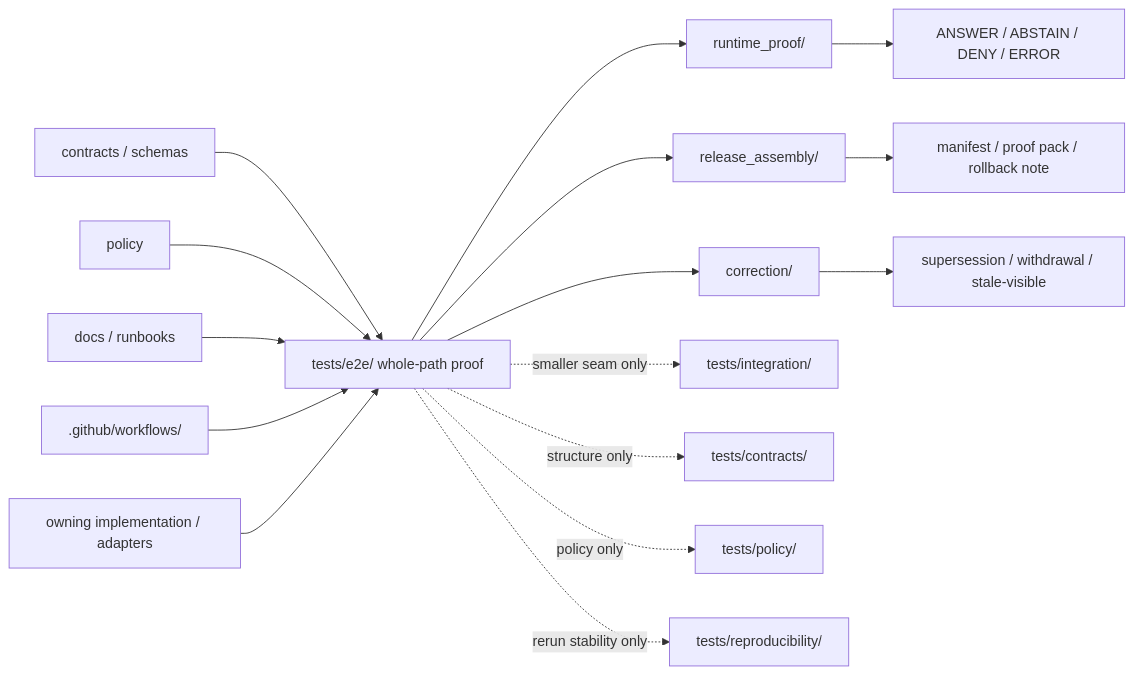
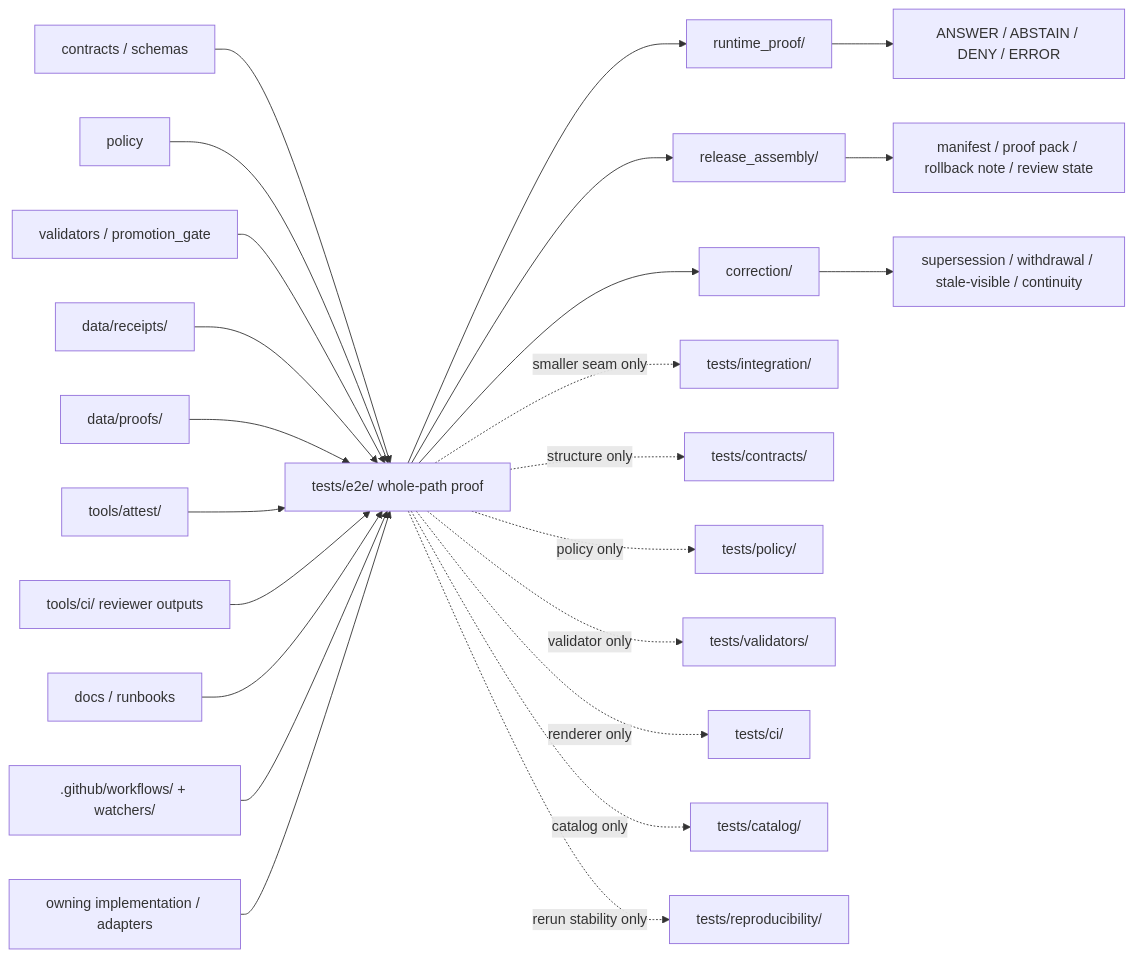
Before and after one commit to bartytime4life/Kansas-Frontier-Matrix: the diagram in tests/e2e/README.md, drawn with Mermaid. The commit also changed other lines of this file, not shown here.

First line of the commit message:
Revise README.md for tests/e2e with updates and clarifications

````diff
--- a/tests/e2e/README.md
+++ b/tests/e2e/README.md
@@ -374,21 +471,29 @@
 ```mermaid
 flowchart LR
   C["contracts / schemas"] --> E["tests/e2e/ whole-path proof"]
   P["policy"] --> E
+  V["validators / promotion_gate"] --> E
+  R["data/receipts/"] --> E
+  PR["data/proofs/"] --> E
+  A["tools/attest/"] --> E
+  CI["tools/ci/ reviewer outputs"] --> E
   D["docs / runbooks"] --> E
-  W[".github/workflows/"] --> E
+  W[".github/workflows/ + watchers/"] --> E
   I["owning implementation / adapters"] --> E
 
   E --> RP["runtime_proof/"]
   E --> RA["release_assembly/"]
   E --> CO["correction/"]
 
   RP --> OUT["ANSWER / ABSTAIN / DENY / ERROR"]
-  RA --> REL["manifest / proof pack / rollback note"]
-  CO --> CORR["supersession / withdrawal / stale-visible"]
+  RA --> REL["manifest / proof pack / rollback note / review state"]
+  CO --> CORR["supersession / withdrawal / stale-visible / continuity"]
 
   E -. smaller seam only .-> INT["tests/integration/"]
   E -. structure only .-> CON["tests/contracts/"]
   E -. policy only .-> POL["tests/policy/"]
+  E -. validator only .-> TV["tests/validators/"]
+  E -. renderer only .-> TCI["tests/ci/"]
+  E -. catalog only .-> TCAT["tests/catalog/"]
   E -. rerun stability only .-> REP["tests/reproducibility/"]
 ```
````
